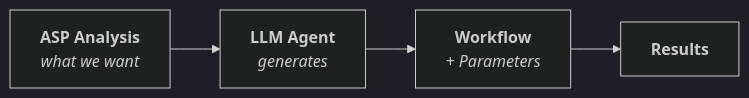
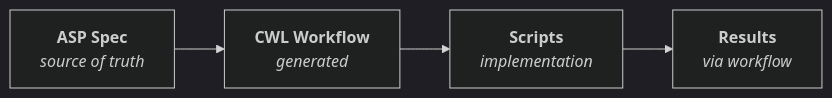
One commit to Fosowl/astra-tools changed the diagram in README.md. Above: the diagram before and after it, drawn with Mermaid (dark theme). The commit also changed other lines of this file, not shown here.

````diff
--- a/README.md
+++ b/README.md
@@ -21,9 +21,10 @@
 ```mermaid
 flowchart LR
-    A["`**ASP Analysis**
-    _what we want_`"] --> B["`**LLM Agent**
-    _generates_`"]
-    B --> C["`**Workflow**
-    _+ Parameters_`"]
-    C --> D["`**Results**`"]
+    A["`**ASP Spec**
+    _source of truth_`"] --> B["`**CWL Workflow**
+    _generated_`"]
+    B --> C["`**Scripts**
+    _implementation_`"]
+    C --> D["`**Results**
+    _via workflow_`"]
 ```
````
